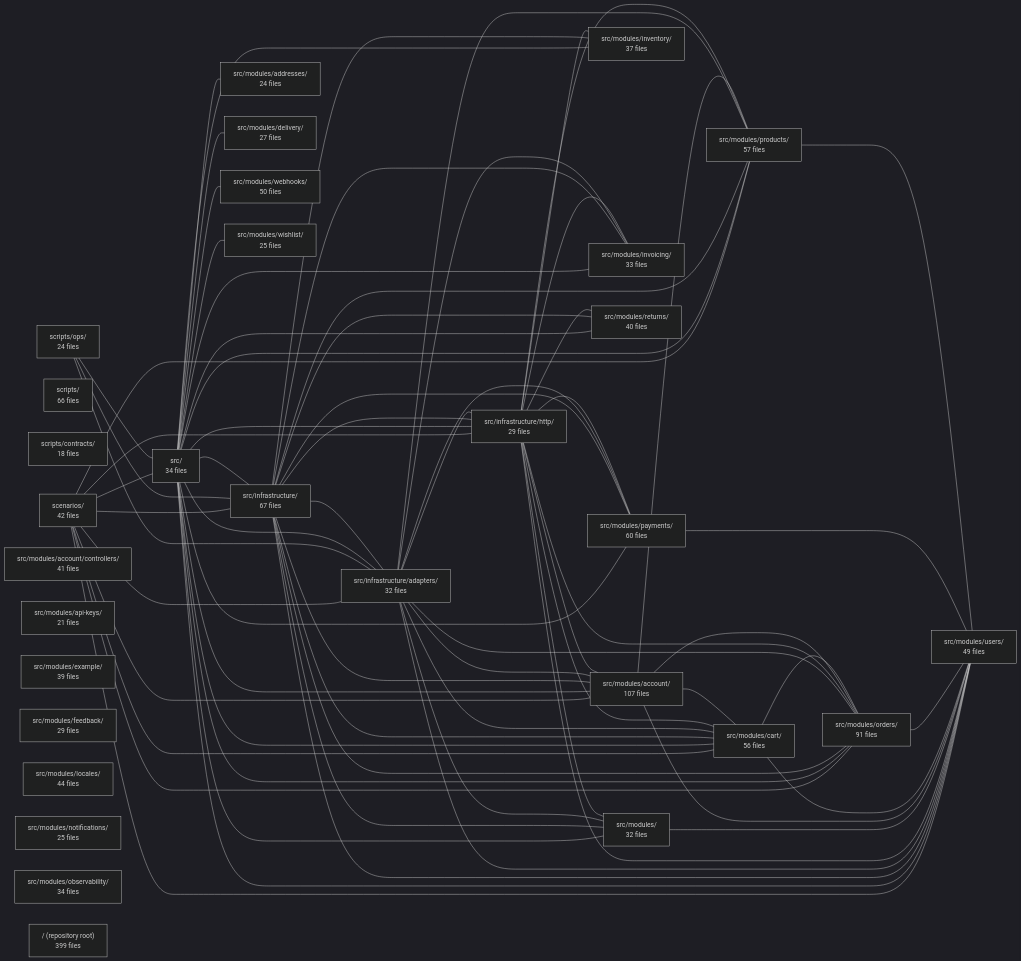
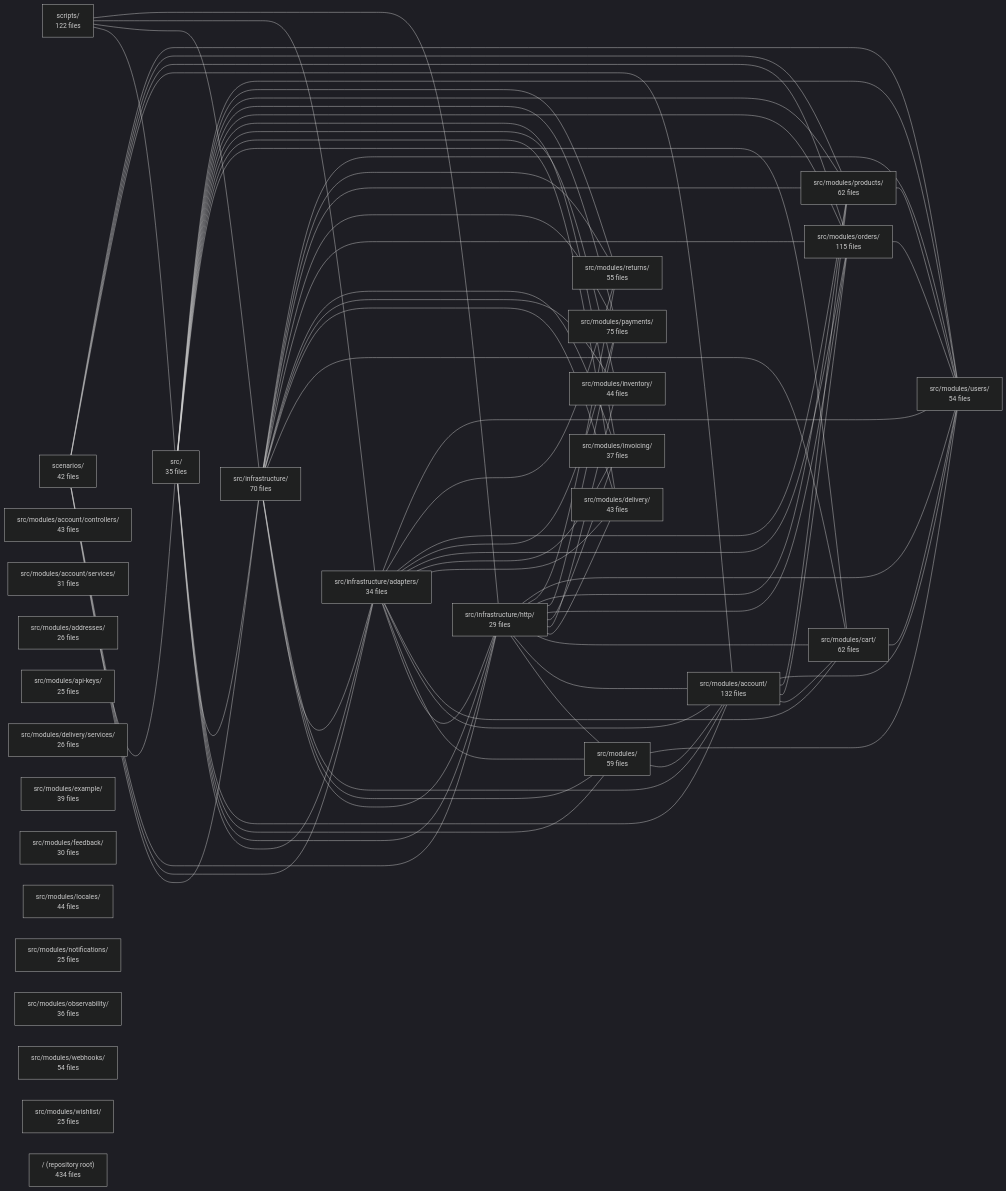
One commit to Guebbit/boilerplate-node-backend changed the diagram in .2brain/modules/boilerplate-node-backend_INDEX.md. Above: the diagram before and after it, drawn with Mermaid (dark theme). The commit also changed other lines of this file and 627 other files, not shown here.

````diff
--- a/.2brain/modules/boilerplate-node-backend_INDEX.md
+++ b/.2brain/modules/boilerplate-node-backend_INDEX.md
@@ -16,53 +16,52 @@
 ```mermaid
 flowchart LR
     m_scenarios["scenarios/<br/>42 files"]
-    m_scripts["scripts/<br/>66 files"]
-    m_scripts_contracts["scripts/contracts/<br/>18 files"]
-    m_scripts_ops["scripts/ops/<br/>24 files"]
-    m_src["src/<br/>34 files"]
-    m_src_infrastructure["src/infrastructure/<br/>67 files"]
-    m_src_infrastructure_adapters["src/infrastructure/adapters/<br/>32 files"]
+    m_scripts["scripts/<br/>122 files"]
+    m_src["src/<br/>35 files"]
+    m_src_infrastructure["src/infrastructure/<br/>70 files"]
+    m_src_infrastructure_adapters["src/infrastructure/adapters/<br/>34 files"]
     m_src_infrastructure_http["src/infrastructure/http/<br/>29 files"]
-    m_src_modules["src/modules/<br/>32 files"]
-    m_src_modules_account["src/modules/account/<br/>107 files"]
-    m_src_modules_account_controllers["src/modules/account/controllers/<br/>41 files"]
-    m_src_modules_addresses["src/modules/addresses/<br/>24 files"]
-    m_src_modules_api_keys["src/modules/api-keys/<br/>21 files"]
-    m_src_modules_cart["src/modules/cart/<br/>56 files"]
-    m_src_modules_delivery["src/modules/delivery/<br/>27 files"]
+    m_src_modules["src/modules/<br/>59 files"]
+    m_src_modules_account["src/modules/account/<br/>132 files"]
+    m_src_modules_account_controllers["src/modules/account/controllers/<br/>43 files"]
+    m_src_modules_account_services["src/modules/account/services/<br/>31 files"]
+    m_src_modules_addresses["src/modules/addresses/<br/>26 files"]
+    m_src_modules_api_keys["src/modules/api-keys/<br/>25 files"]
+    m_src_modules_cart["src/modules/cart/<br/>62 files"]
+    m_src_modules_delivery["src/modules/delivery/<br/>43 files"]
+    m_src_modules_delivery_services["src/modules/delivery/services/<br/>26 files"]
     m_src_modules_example["src/modules/example/<br/>39 files"]
-    m_src_modules_feedback["src/modules/feedback/<br/>29 files"]
-    m_src_modules_inventory["src/modules/inventory/<br/>37 files"]
-    m_src_modules_invoicing["src/modules/invoicing/<br/>33 files"]
+    m_src_modules_feedback["src/modules/feedback/<br/>30 files"]
+    m_src_modules_inventory["src/modules/inventory/<br/>44 files"]
+    m_src_modules_invoicing["src/modules/invoicing/<br/>37 files"]
     m_src_modules_locales["src/modules/locales/<br/>44 files"]
     m_src_modules_notifications["src/modules/notifications/<br/>25 files"]
-    m_src_modules_observability["src/modules/observability/<br/>34 files"]
-    m_src_modules_orders["src/modules/orders/<br/>91 files"]
-    m_src_modules_payments["src/modules/payments/<br/>60 files"]
-    m_src_modules_products["src/modules/products/<br/>57 files"]
-    m_src_modules_returns["src/modules/returns/<br/>40 files"]
-    m_src_modules_users["src/modules/users/<br/>49 files"]
-    m_src_modules_webhooks["src/modules/webhooks/<br/>50 files"]
+    m_src_modules_observability["src/modules/observability/<br/>36 files"]
+    m_src_modules_orders["src/modules/orders/<br/>115 files"]
+    m_src_modules_payments["src/modules/payments/<br/>75 files"]
+    m_src_modules_products["src/modules/products/<br/>62 files"]
+    m_src_modules_returns["src/modules/returns/<br/>55 files"]
+    m_src_modules_users["src/modules/users/<br/>54 files"]
+    m_src_modules_webhooks["src/modules/webhooks/<br/>54 files"]
     m_src_modules_wishlist["src/modules/wishlist/<br/>25 files"]
-    m_root["/ (repository root)<br/>399 files"]
+    m_root["/ (repository root)<br/>434 files"]
     m_scenarios --- m_src
     m_scenarios --- m_src_infrastructure
     m_scenarios --- m_src_infrastructure_adapters
     m_scenarios --- m_src_infrastructure_http
     m_scenarios --- m_src_modules_account
-    m_scenarios --- m_src_modules_cart
     m_scenarios --- m_src_modules_orders
     m_scenarios --- m_src_modules_products
     m_scenarios --- m_src_modules_users
-    m_scripts_ops --- m_src
-    m_scripts_ops --- m_src_infrastructure
-    m_scripts_ops --- m_src_infrastructure_adapters
+    m_scripts --- m_src
+    m_scripts --- m_src_infrastructure
+    m_scripts --- m_src_infrastructure_adapters
+    m_scripts --- m_src_infrastructure_http
     m_src --- m_src_infrastructure
     m_src --- m_src_infrastructure_adapters
     m_src --- m_src_infrastructure_http
     m_src --- m_src_modules
     m_src --- m_src_modules_account
-    m_src --- m_src_modules_addresses
     m_src --- m_src_modules_cart
     m_src --- m_src_modules_delivery
     m_src --- m_src_modules_inventory
@@ -72,13 +71,12 @@
     m_src --- m_src_modules_products
     m_src --- m_src_modules_returns
     m_src --- m_src_modules_users
-    m_src --- m_src_modules_webhooks
-    m_src --- m_src_modules_wishlist
     m_src_infrastructure --- m_src_infrastructure_adapters
     m_src_infrastructure --- m_src_infrastructure_http
     m_src_infrastructure --- m_src_modules
     m_src_infrastructure --- m_src_modules_account
     m_src_infrastructure --- m_src_modules_cart
+    m_src_infrastructure --- m_src_modules_delivery
     m_src_infrastructure --- m_src_modules_inventory
     m_src_infrastructure --- m_src_modules_invoicing
     m_src_infrastructure --- m_src_modules_orders
@@ -90,14 +88,17 @@
     m_src_infrastructure_adapters --- m_src_modules
     m_src_infrastructure_adapters --- m_src_modules_account
     m_src_infrastructure_adapters --- m_src_modules_cart
+    m_src_infrastructure_adapters --- m_src_modules_delivery
     m_src_infrastructure_adapters --- m_src_modules_invoicing
     m_src_infrastructure_adapters --- m_src_modules_orders
     m_src_infrastructure_adapters --- m_src_modules_payments
     m_src_infrastructure_adapters --- m_src_modules_products
+    m_src_infrastructure_adapters --- m_src_modules_returns
     m_src_infrastructure_adapters --- m_src_modules_users
     m_src_infrastructure_http --- m_src_modules
     m_src_infrastructure_http --- m_src_modules_account
     m_src_infrastructure_http --- m_src_modules_cart
+    m_src_infrastructure_http --- m_src_modules_delivery
     m_src_infrastructure_http --- m_src_modules_inventory
     m_src_infrastructure_http --- m_src_modules_invoicing
     m_src_infrastructure_http --- m_src_modules_orders
@@ -105,14 +106,13 @@
     m_src_infrastructure_http --- m_src_modules_products
     m_src_infrastructure_http --- m_src_modules_returns
     m_src_infrastructure_http --- m_src_modules_users
+    m_src_modules --- m_src_modules_account
     m_src_modules --- m_src_modules_users
     m_src_modules_account --- m_src_modules_cart
     m_src_modules_account --- m_src_modules_orders
     m_src_modules_account --- m_src_modules_products
     m_src_modules_account --- m_src_modules_users
-    m_src_modules_cart --- m_src_modules_orders
     m_src_modules_cart --- m_src_modules_users
     m_src_modules_orders --- m_src_modules_users
-    m_src_modules_payments --- m_src_modules_users
     m_src_modules_products --- m_src_modules_users
 ```
````
